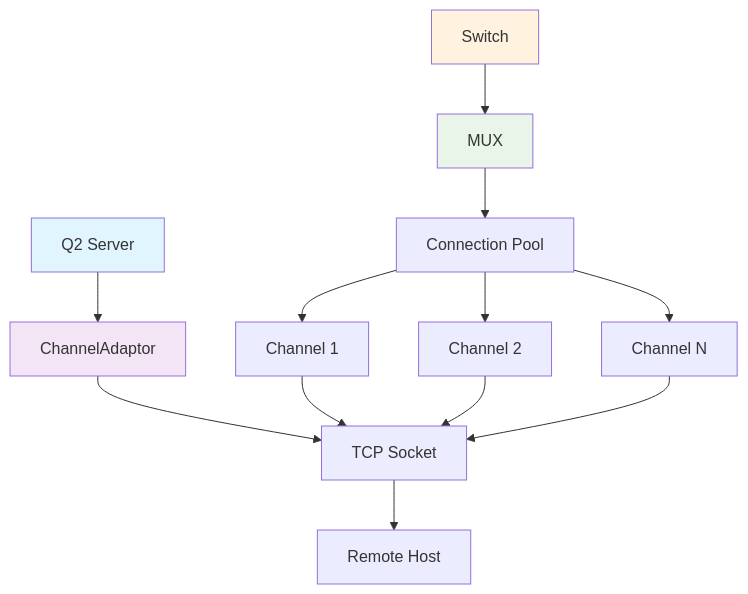
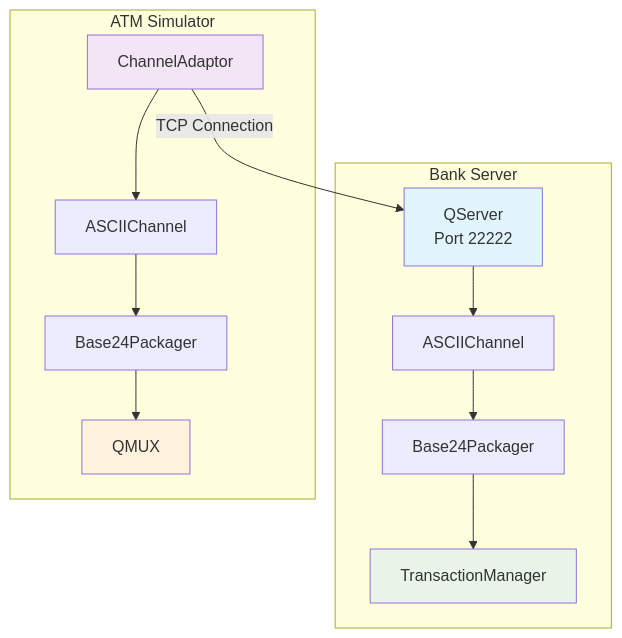
The fourth of 4 diagrams in workshop/day-2/INSTRUCTIONS.md (artivisi/training-spring-jpos-2025), drawn with Mermaid before and after one commit. The commit also changed other lines of this file and 30 other files, not shown here.

````diff
--- a/workshop/day-2/INSTRUCTIONS.md
+++ b/workshop/day-2/INSTRUCTIONS.md
@@ -130,22 +130,30 @@
 ```mermaid
 graph TB
-    A[Q2 Server] --> B[ChannelAdaptor]
-    B --> C[TCP Socket]
-    C --> D[Remote Host]
+    subgraph "Bank Server"
+        A[QServer<br/>Port 22222]
+        B[ASCIIChannel]
+        C[Base24Packager]
+        D[TransactionManager]
+    end
 
-    E[Connection Pool] --> F[Channel 1]
-    E --> G[Channel 2]
-    E --> H[Channel N]
+    subgraph "ATM Simulator"
+        E[ChannelAdaptor]
+        F[ASCIIChannel]
+        G[Base24Packager]
+        H[QMUX]
+    end
 
-    F --> C
-    G --> C
-    H --> C
+    E -->|TCP Connection| A
+    A --> B
+    B --> C
+    C --> D
 
-    I[MUX] --> E
-    J[Switch] --> I
+    E --> F
+    F --> G
+    G --> H
 
     style A fill:#e1f5fe
-    style B fill:#f3e5f5
-    style I fill:#e8f5e8
-    style J fill:#fff3e0
+    style E fill:#f3e5f5
+    style D fill:#e8f5e8
+    style H fill:#fff3e0
 ```
````
